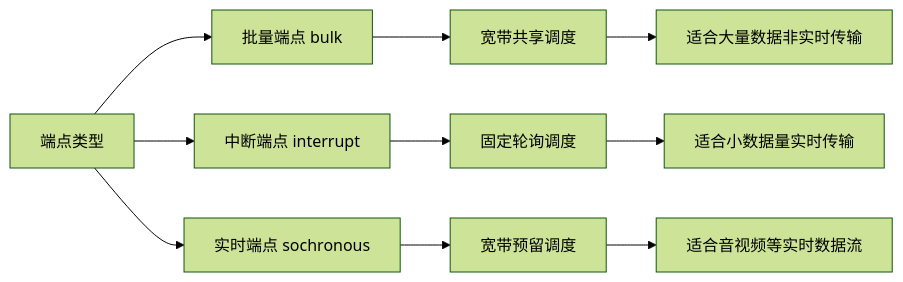
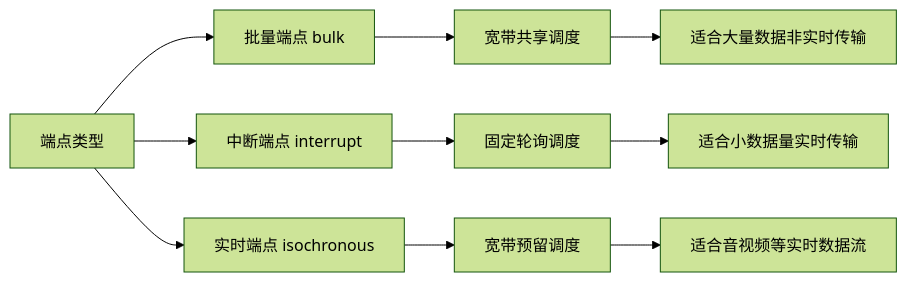
The second of 2 diagrams in zh-cn/application-dev/reference/apis-basic-services-kit/js-apis-usbManager.md (openharmony-rs/openharmony-docs), drawn with Mermaid (forest theme) before and after one commit. The commit also changed 1 other file, not shown here.

Commit message:
API参考体验提升

````diff
--- a/zh-cn/application-dev/reference/apis-basic-services-kit/js-apis-usbManager.md
+++ b/zh-cn/application-dev/reference/apis-basic-services-kit/js-apis-usbManager.md
@@ -1546,12 +1546,12 @@
 ```mermaid
 graph LR
     A[端点类型] --> B[批量端点 bulk]
     A --> C[中断端点 interrupt]
-    A --> D[实时端点 sochronous]
+    A --> D[实时端点 isochronous]
     B --> B1[宽带共享调度]
     B1 --> B2[适合大量数据非实时传输]
     C --> C1[固定轮询调度]
     C1 --> C2[适合小数据量实时传输]
     D --> D1[宽带预留调度]
     D1 --> D2[适合音视频等实时数据流]
 ```
````
